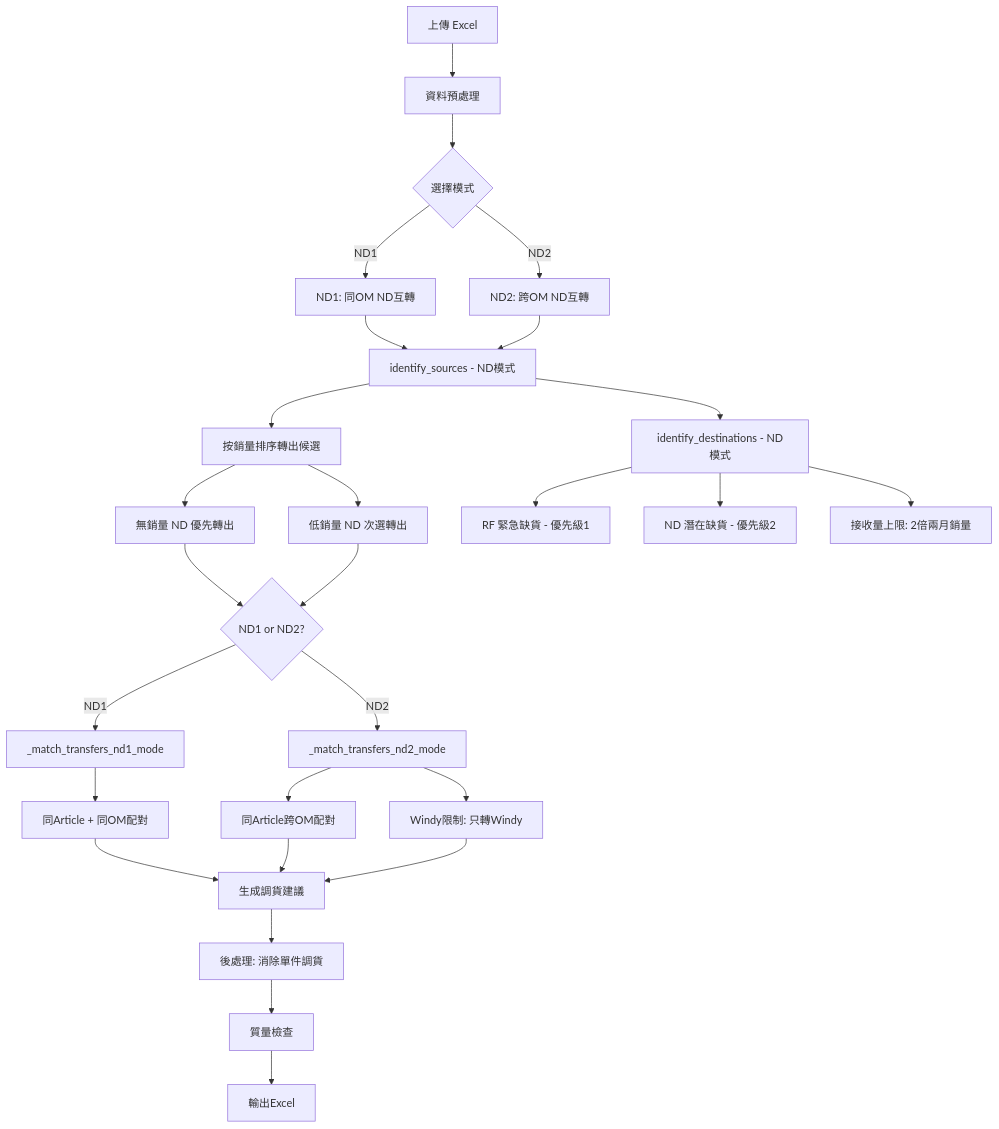
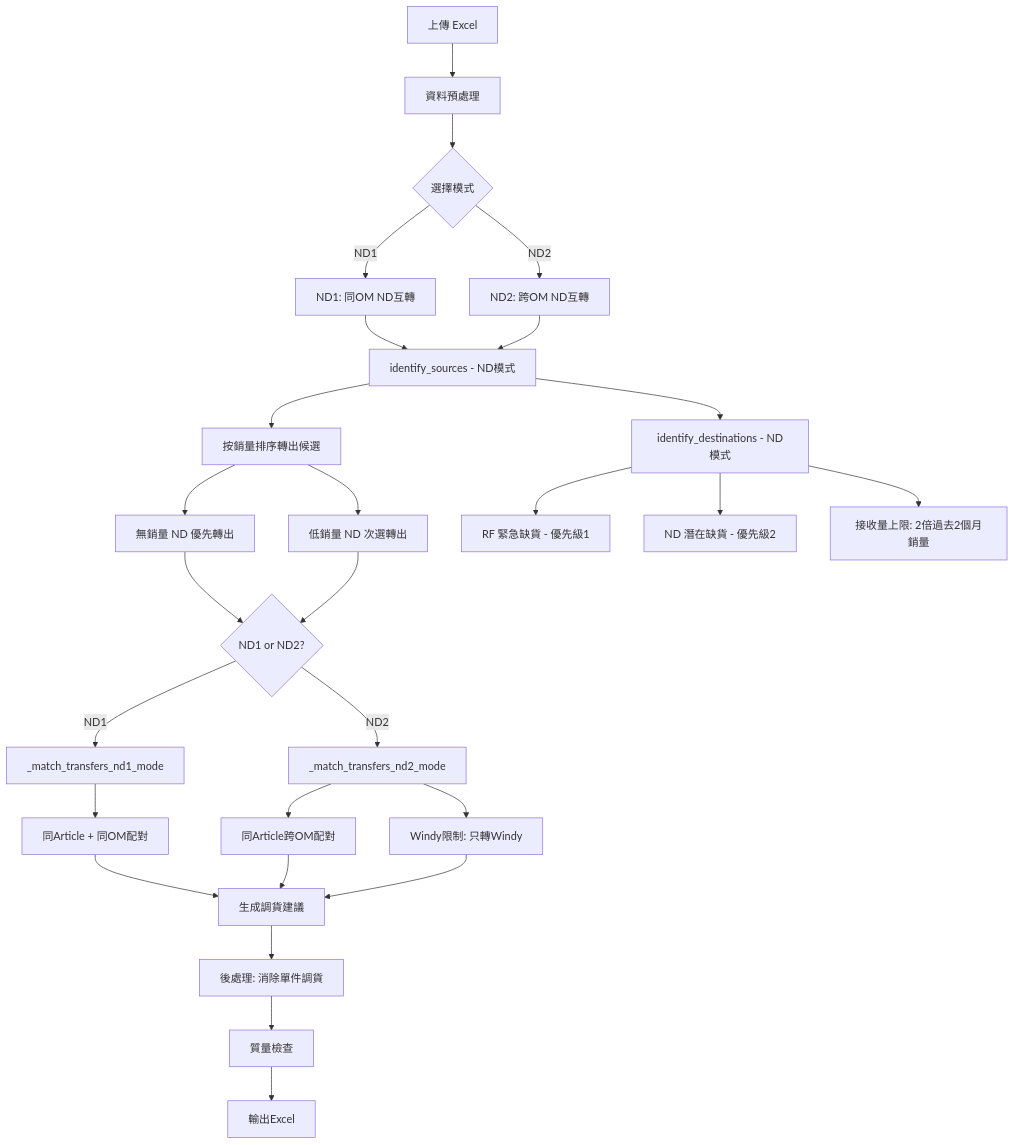
One commit to rickyyue315/Kilorellocation changed the diagram in plans/nd-mode-plan.md. Above: the diagram before and after it, drawn with Mermaid. The commit also changed other lines of this file and 9 other files, not shown here.

````diff
--- a/plans/nd-mode-plan.md
+++ b/plans/nd-mode-plan.md
@@ -79,37 +79,37 @@
 ```mermaid
 flowchart TD
     A[上傳 Excel] --> B[資料預處理]
     B --> C{選擇模式}
     C -->|ND1| D[ND1: 同OM ND互轉]
     C -->|ND2| E[ND2: 跨OM ND互轉]
     
     D --> F[identify_sources - ND模式]
     E --> F
     
     F --> G[按銷量排序轉出候選]
     G --> G1[無銷量 ND 優先轉出]
     G --> G2[低銷量 ND 次選轉出]
     
     F --> H[identify_destinations - ND模式]
     H --> H1[RF 緊急缺貨 - 優先級1]
     H --> H2[ND 潛在缺貨 - 優先級2]
-    H --> H3[接收量上限: 2倍兩月銷量]
+    H --> H3[接收量上限: 2倍過去2個月銷量]
     
     G1 --> I{ND1 or ND2?}
     G2 --> I
     
     I -->|ND1| J[_match_transfers_nd1_mode]
     I -->|ND2| K[_match_transfers_nd2_mode]
     
     J --> J1[同Article + 同OM配對]
     K --> K1[同Article跨OM配對]
     K --> K2[Windy限制: 只轉Windy]
     
     J1 --> L[生成調貨建議]
     K1 --> L
     K2 --> L
     
     L --> M[後處理: 消除單件調貨]
     M --> N[質量檢查]
     N --> O[輸出Excel]
 ```
````
